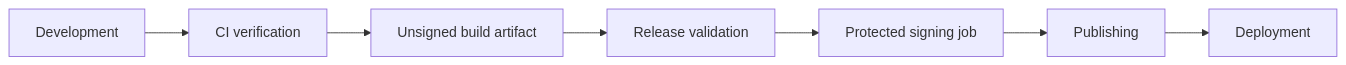
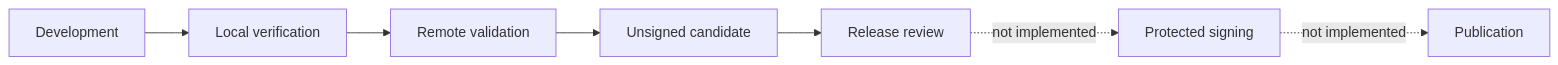
One commit to kleiveist/Suno-Documentation-Manager changed the diagram in docs/tools/release-model.md. Above: the diagram before and after it, drawn with Mermaid. The commit also changed other lines of this file and 416 other files, not shown here.

````diff
--- a/docs/tools/release-model.md
+++ b/docs/tools/release-model.md
@@ -35,12 +44,14 @@
 ```mermaid
 flowchart LR
     Development[Development]
-    CI[CI verification]
-    Artifact[Unsigned build artifact]
-    Gate[Release validation]
-    Signing[Protected signing job]
-    Publishing[Publishing]
-    Deployment[Deployment]
+    Local[Local verification]
+    CI[Remote validation]
+    Artifact[Unsigned candidate]
+    Review[Release review]
+    Signing[Protected signing]
+    Publishing[Publication]
 
-    Development --> CI --> Artifact --> Gate --> Signing --> Publishing --> Deployment
+    Development --> Local --> CI --> Artifact --> Review
+    Review -. not implemented .-> Signing
+    Signing -. not implemented .-> Publishing
 ```
````
